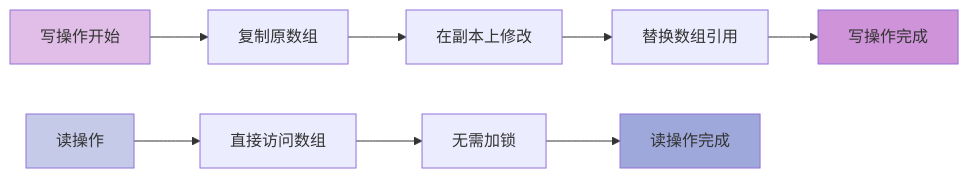
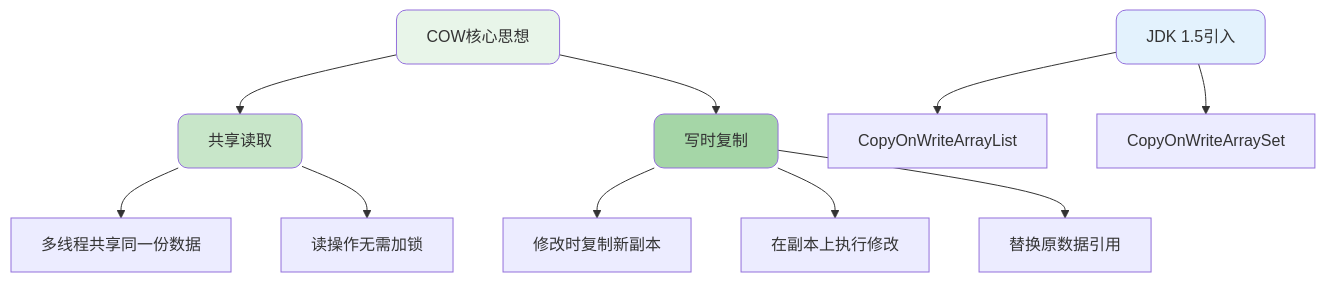
Before and after one commit to shining-stars-l/javaup: the second of 6 diagrams in docs/05-Java/07-并发多线程/27-并发集合深入剖析.md, drawn with Mermaid. The commit also changed other lines of this file and 17 other files, not shown here.

````diff
--- a/docs/05-Java/07-并发多线程/27-并发集合深入剖析.md
+++ b/docs/05-Java/07-并发多线程/27-并发集合深入剖析.md
@@ -60,16 +51,20 @@
 ```mermaid
-graph LR
-    A[写操作开始] --> B[复制原数组]
-    B --> C[在副本上修改]
-    C --> D[替换数组引用]
-    D --> E[写操作完成]
+graph TB
+    A[COW核心思想] --> B[共享读取]
+    A --> C[写时复制]
     
-    F[读操作] --> G[直接访问数组]
-    G --> H[无需加锁]
-    H --> I[读操作完成]
+    B --> B1[多线程共享同一份数据]
+    B --> B2[读操作无需加锁]
     
-    style A fill:#e1bee7
-    style E fill:#ce93d8
-    style F fill:#c5cae9
-    style I fill:#9fa8da
+    C --> C1[修改时复制新副本]
+    C --> C2[在副本上执行修改]
+    C --> C3[替换原数据引用]
+    
+    D[JDK 1.5引入] --> E[CopyOnWriteArrayList]
+    D --> F[CopyOnWriteArraySet]
+    
+    style A fill:#e8f5e9,rx:10
+    style B fill:#c8e6c9,rx:10
+    style C fill:#a5d6a7,rx:10
+    style D fill:#e3f2fd,rx:10
 ```
````
